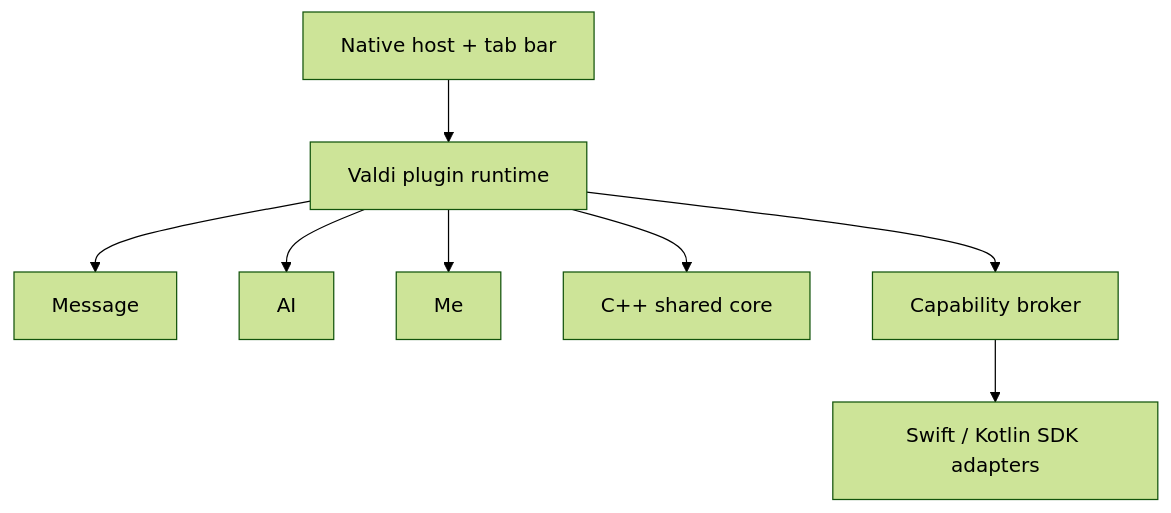
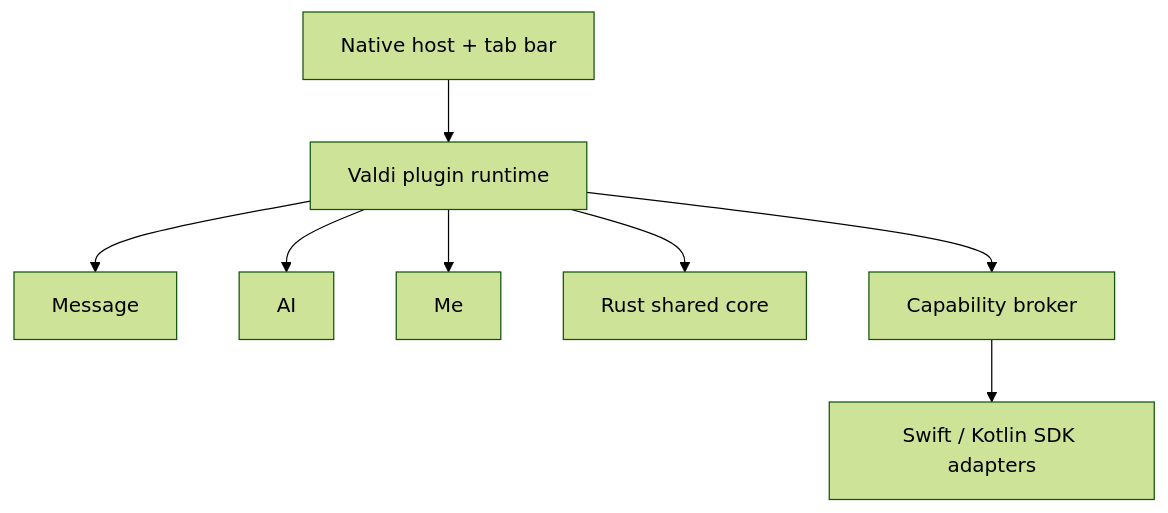
Before and after one commit to TEKxAI/tektalk: the second of 2 diagrams in docs/target-architecture.md, drawn with Mermaid (forest theme). The commit also changed other lines of this file and 13 other files, not shown here.

Commit message:
refactor: migrate shared client core to Rust

````diff
--- a/docs/target-architecture.md
+++ b/docs/target-architecture.md
@@ -49,10 +49,10 @@
 ```mermaid
 flowchart TB
     Host["Native host + tab bar"] --> Runtime["Valdi plugin runtime"]
     Runtime --> Message["Message"]
     Runtime --> AI["AI"]
     Runtime --> Me["Me"]
-    Runtime --> Core["C++ shared core"]
+    Runtime --> Core["Rust shared core"]
     Runtime --> Broker["Capability broker"]
     Broker --> Native["Swift / Kotlin SDK adapters"]
 ```
````
